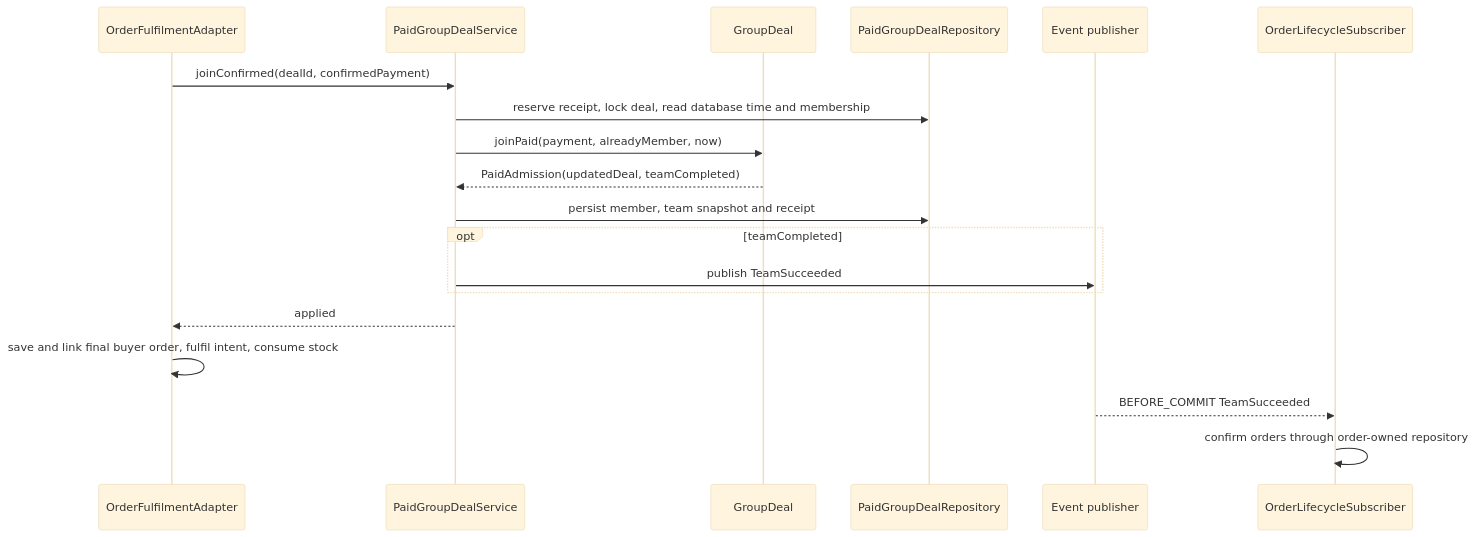
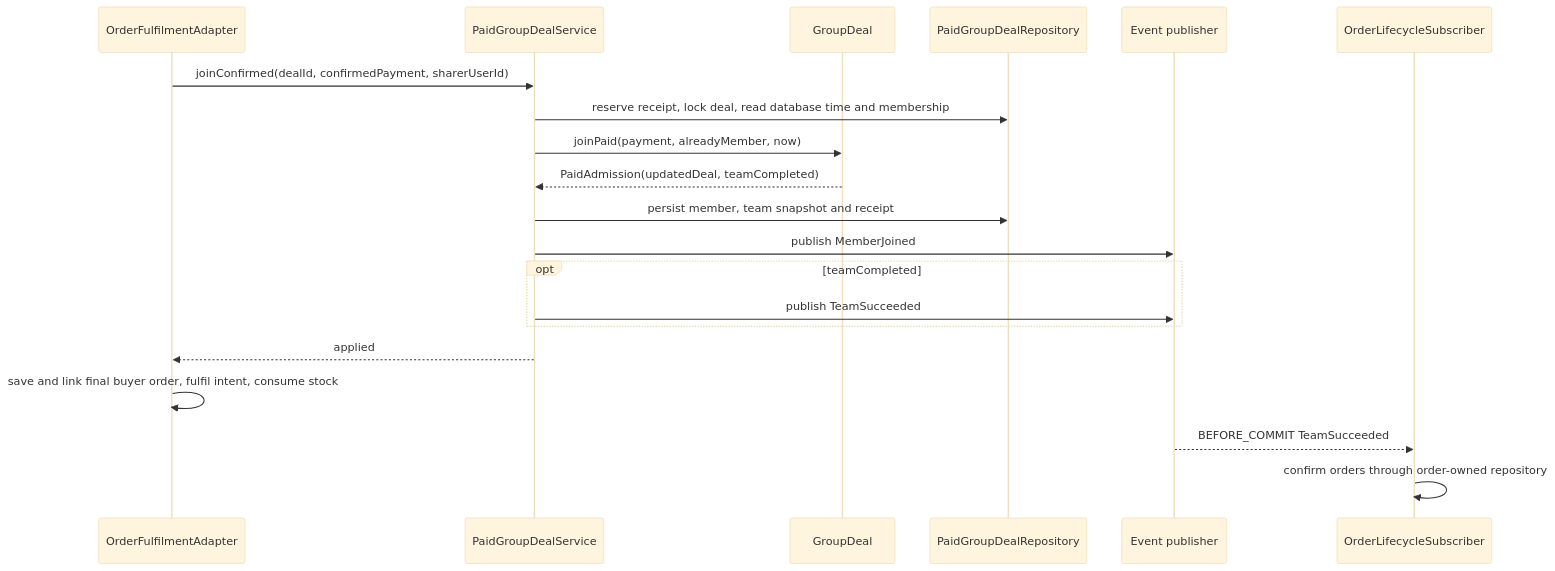
Before and after one commit to PPsyrius/iss-groupbuy-team8: the second of 5 diagrams in backend/docs/design/paid-group-participation.md, drawn with Mermaid (base theme). The commit also changed other lines of this file and 2 other files, not shown here.

````diff
--- a/backend/docs/design/paid-group-participation.md
+++ b/backend/docs/design/paid-group-participation.md
@@ -80,21 +85,22 @@
 ```mermaid
 sequenceDiagram
     participant O as OrderFulfilmentAdapter
     participant G as PaidGroupDealService
     participant A as GroupDeal
     participant R as PaidGroupDealRepository
     participant E as Event publisher
     participant S as OrderLifecycleSubscriber
-    O->>G: joinConfirmed(dealId, confirmedPayment)
+    O->>G: joinConfirmed(dealId, confirmedPayment, sharerUserId)
     G->>R: reserve receipt, lock deal, read database time and membership
     G->>A: joinPaid(payment, alreadyMember, now)
     A-->>G: PaidAdmission(updatedDeal, teamCompleted)
     G->>R: persist member, team snapshot and receipt
+    G->>E: publish MemberJoined
     opt teamCompleted
         G->>E: publish TeamSucceeded
     end
     G-->>O: applied
     O->>O: save and link final buyer order, fulfil intent, consume stock
     E-->>S: BEFORE_COMMIT TeamSucceeded
     S->>S: confirm orders through order-owned repository
 ```
````
